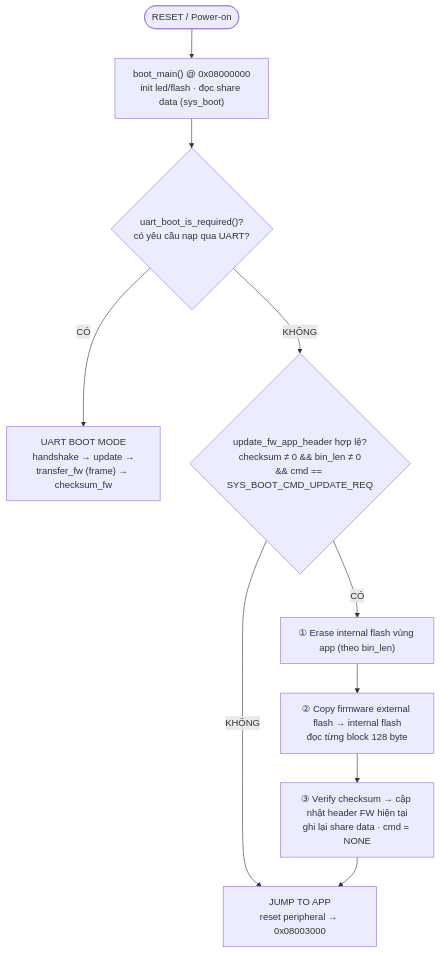
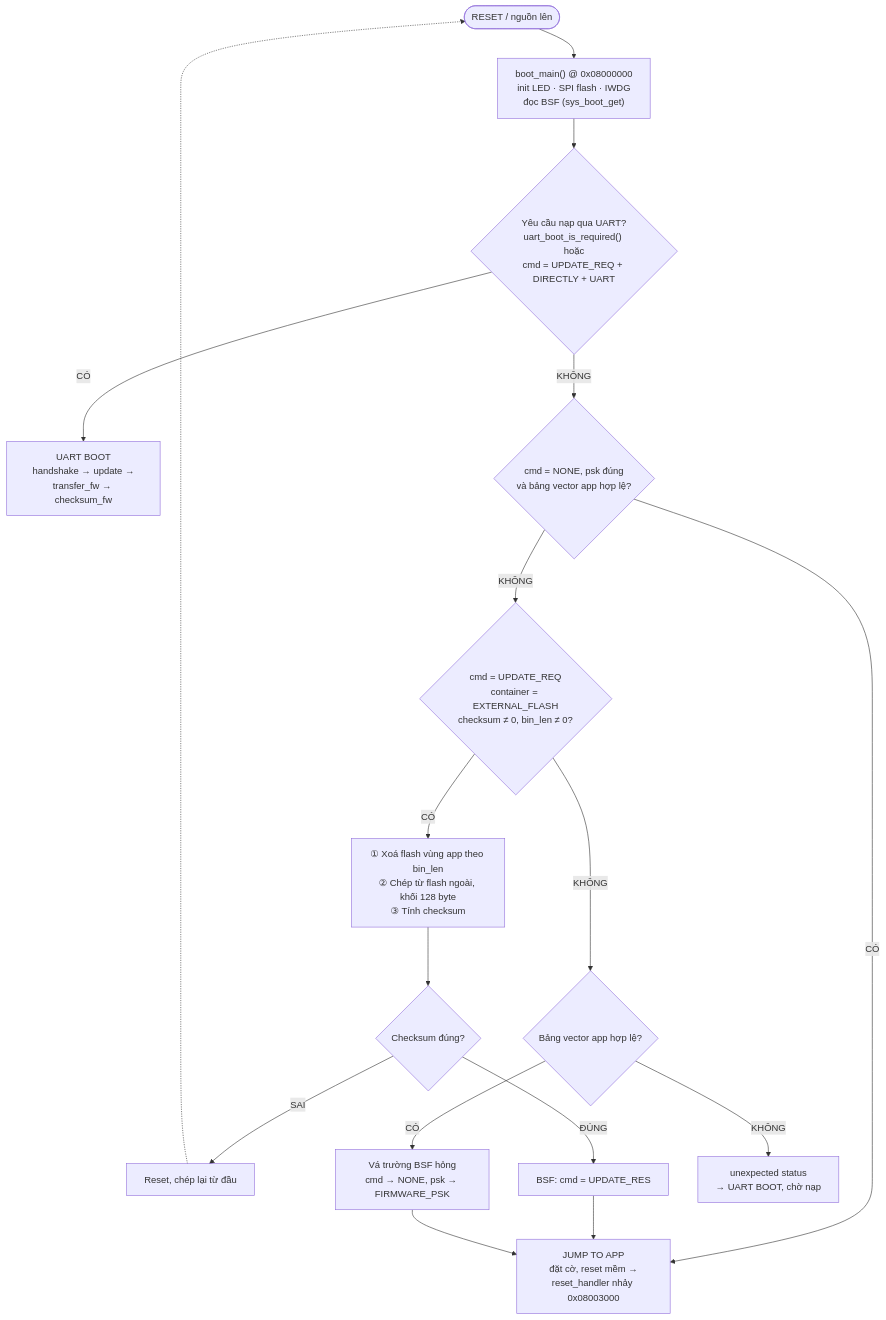
One commit to hohoanganh/ak-base-kit-pio changed the first of 4 diagrams in docs/ak-base-kit-pio-luong-hoat-dong.md. Above: the diagram before and after it, drawn with Mermaid. The commit also changed other lines of this file and 19 other files, not shown here.

````diff
--- a/docs/ak-base-kit-pio-luong-hoat-dong.md
+++ b/docs/ak-base-kit-pio-luong-hoat-dong.md
@@ -61,12 +64,19 @@
 ```mermaid
 flowchart TD
-    A([RESET / Power-on]) --> B["boot_main() @ 0x08000000<br>init led/flash · đọc share data (sys_boot)"]
-    B --> C{"uart_boot_is_required()?<br>có yêu cầu nạp qua UART?"}
-    C -- CÓ --> D["UART BOOT MODE<br>handshake → update →<br>transfer_fw (frame) → checksum_fw"]
-    C -- KHÔNG --> E{"update_fw_app_header hợp lệ?<br>checksum ≠ 0 && bin_len ≠ 0<br>&& cmd == SYS_BOOT_CMD_UPDATE_REQ"}
-    E -- KHÔNG --> F["JUMP TO APP<br>reset peripheral → 0x08003000"]
-    E -- CÓ --> G["① Erase internal flash vùng app (theo bin_len)"]
-    G --> H["② Copy firmware external flash → internal flash<br>đọc từng block 128 byte"]
-    H --> I["③ Verify checksum → cập nhật header FW hiện tại<br>ghi lại share data · cmd = NONE"]
-    I --> F
+    A([RESET / nguồn lên]) --> B["boot_main() @ 0x08000000<br>init LED · SPI flash · IWDG<br>đọc BSF (sys_boot_get)"]
+    B --> C{"Yêu cầu nạp qua UART?<br>uart_boot_is_required() hoặc<br>cmd = UPDATE_REQ + DIRECTLY + UART"}
+    C -- CÓ --> U["UART BOOT<br>handshake → update →<br>transfer_fw → checksum_fw"]
+    C -- KHÔNG --> D{"cmd = NONE, psk đúng<br>và bảng vector app hợp lệ?"}
+    D -- CÓ --> J["JUMP TO APP<br>đặt cờ, reset mềm →<br>reset_handler nhảy 0x08003000"]
+    D -- KHÔNG --> E{"cmd = UPDATE_REQ<br>container = EXTERNAL_FLASH<br>checksum ≠ 0, bin_len ≠ 0?"}
+    E -- CÓ --> G["① Xoá flash vùng app theo bin_len<br>② Chép từ flash ngoài, khối 128 byte<br>③ Tính checksum"]
+    G --> K{"Checksum đúng?"}
+    K -- SAI --> R["Reset, chép lại từ đầu"]
+    R -.-> A
+    K -- ĐÚNG --> W["BSF: cmd = UPDATE_RES"]
+    W --> J
+    E -- KHÔNG --> V{"Bảng vector app hợp lệ?"}
+    V -- CÓ --> F["Vá trường BSF hỏng<br>cmd → NONE, psk → FIRMWARE_PSK"]
+    F --> J
+    V -- KHÔNG --> X["unexpected status<br>→ UART BOOT, chờ nạp"]
 ```
````
